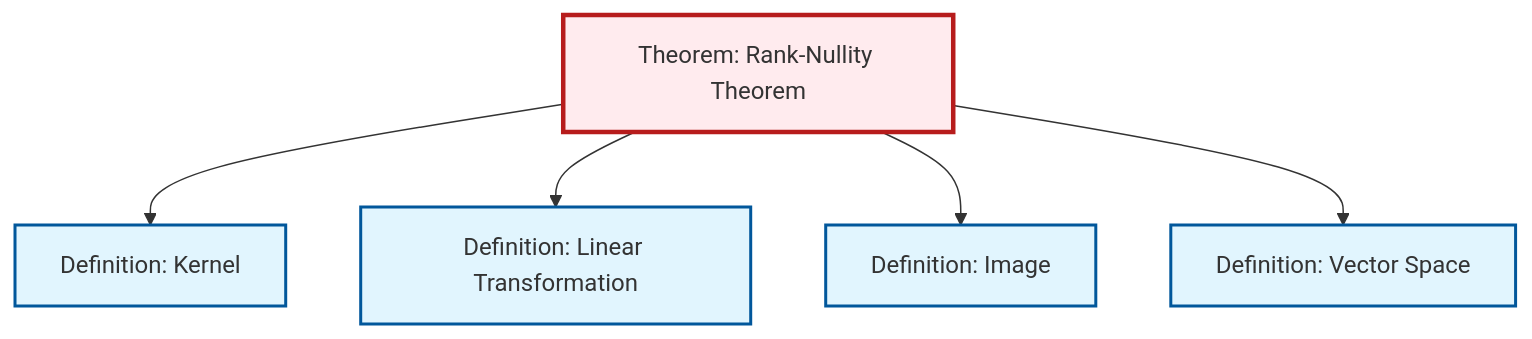
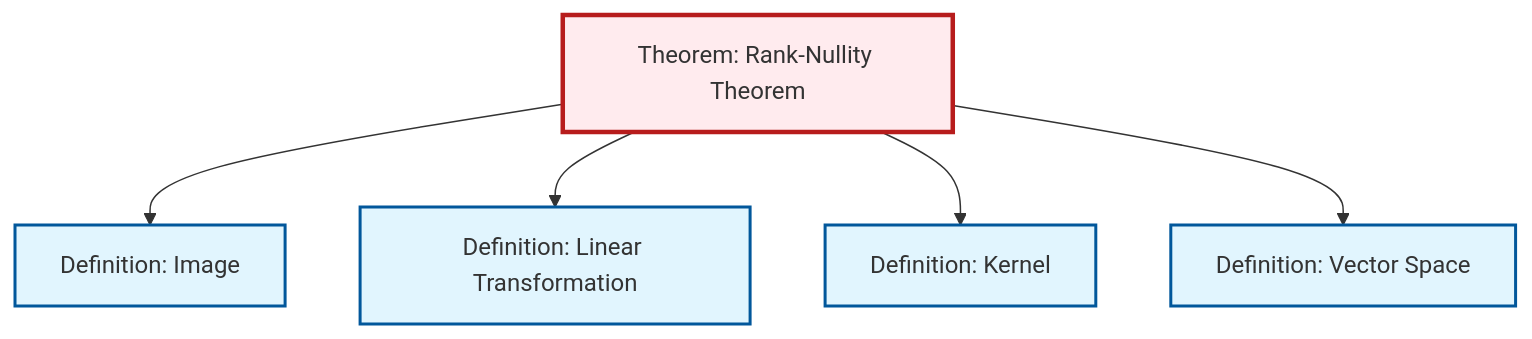
The diagram in content/ja/algebra/thm-rank-nullity.qmd (RK0429/ModernMath), drawn with Mermaid before and after one commit. The commit also changed other lines of this file and 434 other files, not shown here.

````diff
--- a/content/ja/algebra/thm-rank-nullity.qmd
+++ b/content/ja/algebra/thm-rank-nullity.qmd
@@ -56,23 +56,23 @@
 ```{mermaid}
 %%| fig-cap: "Local dependency graph"
 graph TD
     classDef definition fill:#e1f5fe,stroke:#01579b,stroke-width:2px
     classDef theorem fill:#f3e5f5,stroke:#4a148c,stroke-width:2px
     classDef axiom fill:#fff3e0,stroke:#e65100,stroke-width:2px
     classDef example fill:#e8f5e9,stroke:#1b5e20,stroke-width:2px
     classDef current fill:#ffebee,stroke:#b71c1c,stroke-width:3px
+    def-linear-transformation["Definition: Linear Transformation"]:::definition
     def-kernel["Definition: Kernel"]:::definition
+    def-image["Definition: Image"]:::definition
+    thm-rank-nullity["Theorem: Rank-Nullity Theorem"]:::theorem
     def-vector-space["Definition: Vector Space"]:::definition
-    thm-rank-nullity["Theorem: Rank-Nullity Theorem"]:::theorem
-    def-image["Definition: Image"]:::definition
-    def-linear-transformation["Definition: Linear Transformation"]:::definition
+    thm-rank-nullity --> def-image
+    thm-rank-nullity --> def-linear-transformation
     thm-rank-nullity --> def-kernel
-    thm-rank-nullity --> def-linear-transformation
-    thm-rank-nullity --> def-image
     thm-rank-nullity --> def-vector-space
     class thm-rank-nullity current
+    click def-linear-transformation "def-linear-transformation.html" "Definition: Linear Transformationへ"
     click def-kernel "def-kernel.html" "Definition: Kernelへ"
+    click def-image "def-image.html" "Definition: Imageへ"
     click def-vector-space "def-vector-space.html" "Definition: Vector Spaceへ"
-    click def-image "def-image.html" "Definition: Imageへ"
-    click def-linear-transformation "def-linear-transformation.html" "Definition: Linear Transformationへ"
 ```
````
